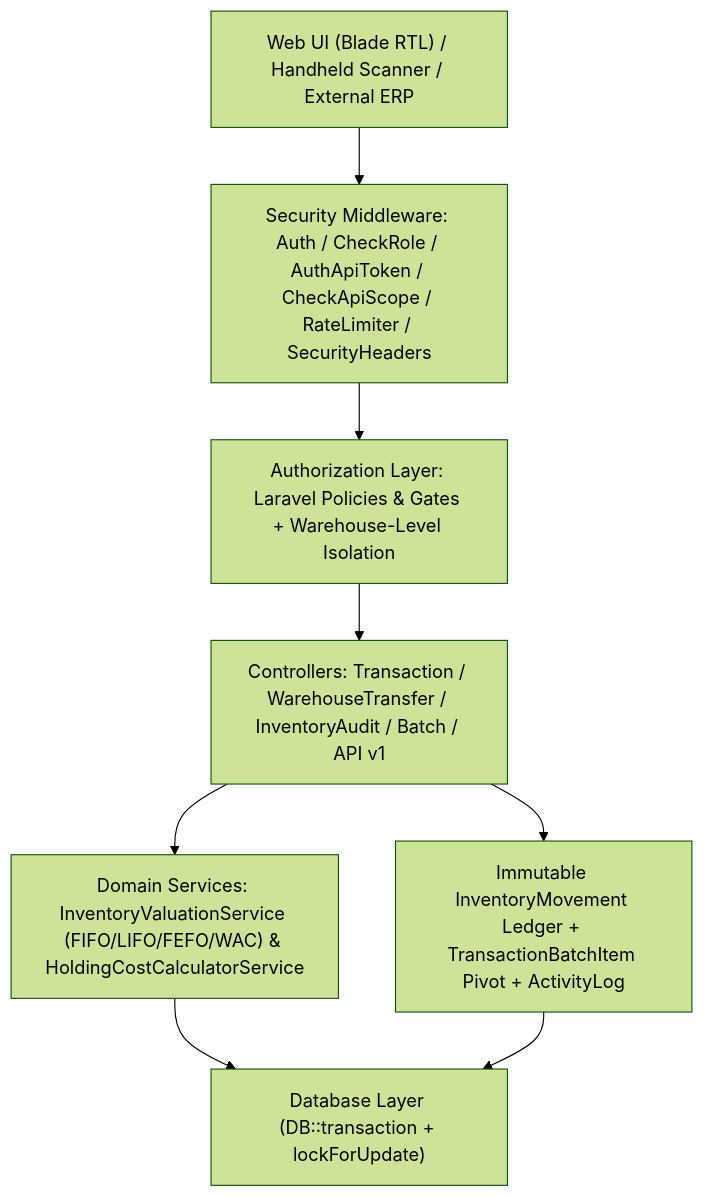
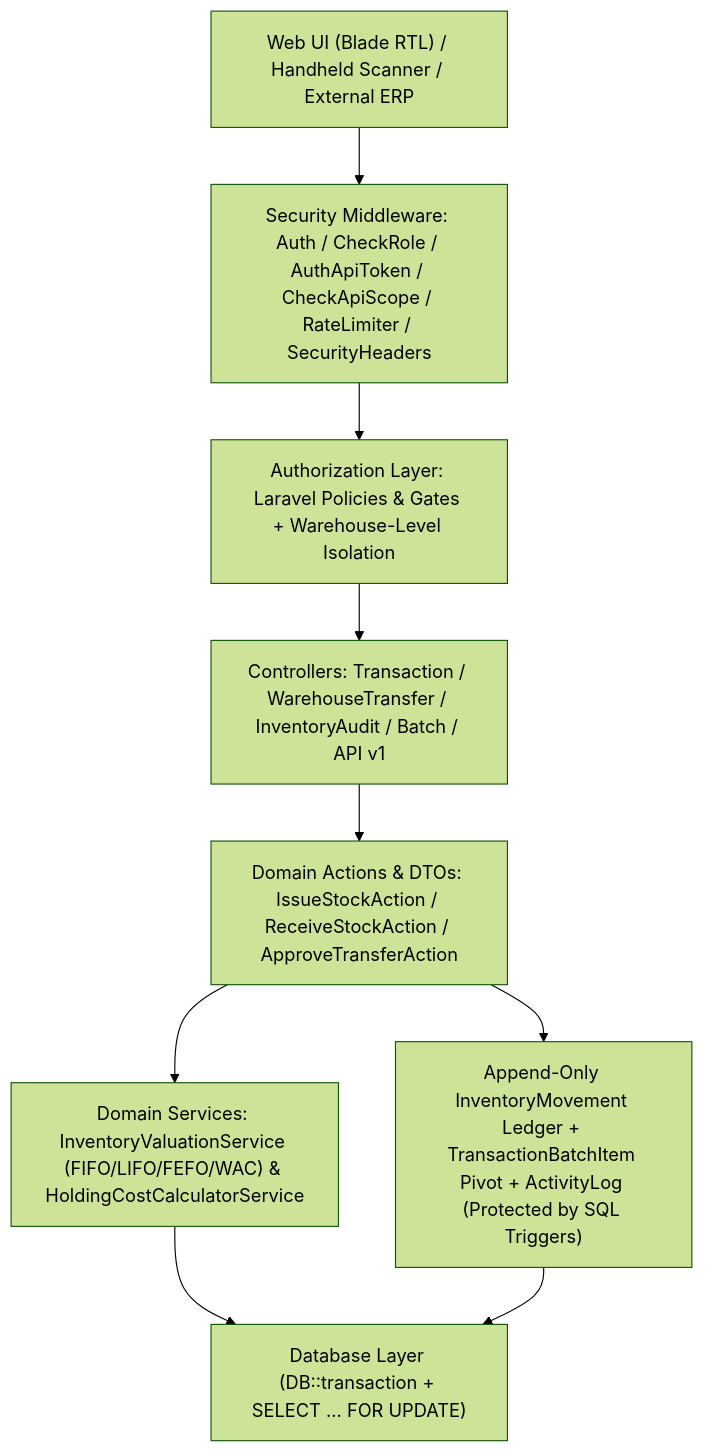
Before and after one commit to a-muaafa/Warehouse_management: the first of 2 diagrams in README.md, drawn with Mermaid (forest theme). The commit also changed other lines of this file and 29 other files, not shown here.

Commit message:
refactor(security): harden seeders, ledger triggers, actions & CI workflows

````diff
--- a/README.md
+++ b/README.md
@@ -63,14 +67,15 @@
 ```mermaid
 flowchart TD
     Client["Web UI (Blade RTL) / Handheld Scanner / External ERP"]
     Middleware["Security Middleware: Auth / CheckRole / AuthApiToken / CheckApiScope / RateLimiter / SecurityHeaders"]
     Policies["Authorization Layer: Laravel Policies & Gates + Warehouse-Level Isolation"]
     Controllers["Controllers: Transaction / WarehouseTransfer / InventoryAudit / Batch / API v1"]
+    Actions["Domain Actions & DTOs: IssueStockAction / ReceiveStockAction / ApproveTransferAction"]
     Services["Domain Services: InventoryValuationService (FIFO/LIFO/FEFO/WAC) & HoldingCostCalculatorService"]
-    DB["Database Layer (DB::transaction + lockForUpdate)"]
-    Ledger["Immutable InventoryMovement Ledger + TransactionBatchItem Pivot + ActivityLog"]
+    DB["Database Layer (DB::transaction + SELECT ... FOR UPDATE)"]
+    Ledger["Append-Only InventoryMovement Ledger + TransactionBatchItem Pivot + ActivityLog (Protected by SQL Triggers)"]
 
     Client --> Middleware --> Policies --> Controllers
-    Controllers --> Services --> DB
-    Controllers --> Ledger --> DB
+    Controllers --> Actions --> Services --> DB
+    Actions --> Ledger --> DB
 ```
````
